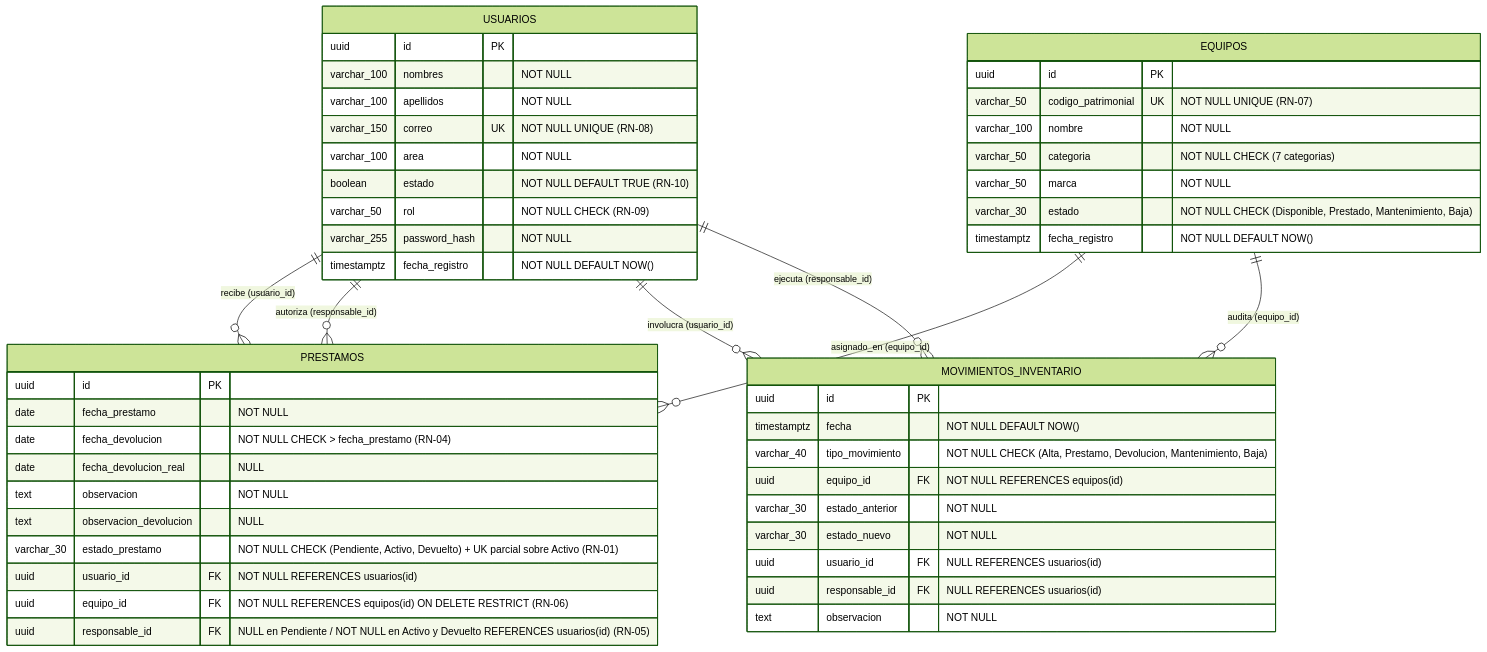
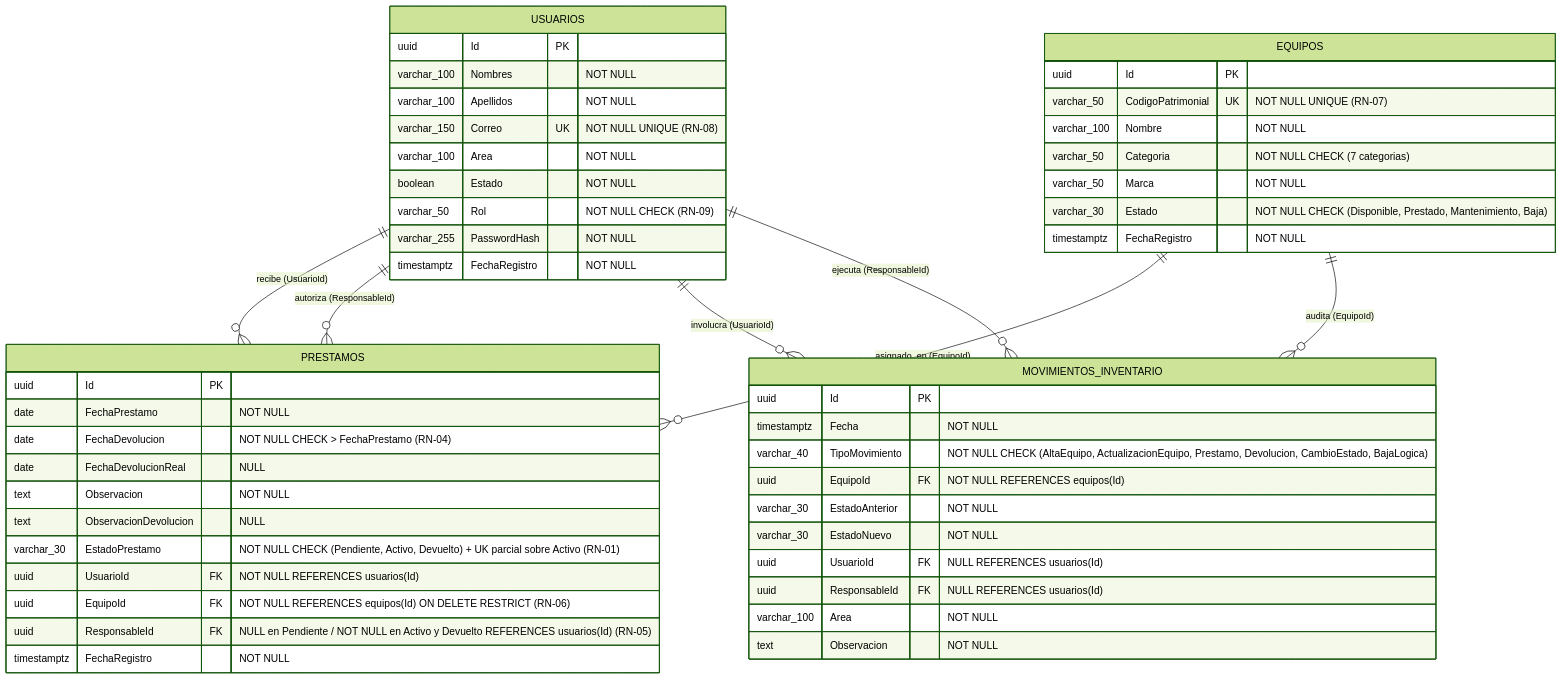
The third of 4 diagrams in docs/02-estandares-y-arquitectura.md (jhilmarjaisonlobatonabregu/TechAsset), drawn with Mermaid (forest theme) before and after one commit. The commit also changed other lines of this file and 6 other files, not shown here.

````diff
--- a/docs/02-estandares-y-arquitectura.md
+++ b/docs/02-estandares-y-arquitectura.md
@@ -307,56 +317,58 @@
 ```mermaid
 erDiagram
-    USUARIOS ||--o{ PRESTAMOS : "recibe (usuario_id)"
-    USUARIOS ||--o{ PRESTAMOS : "autoriza (responsable_id)"
-    EQUIPOS ||--o{ PRESTAMOS : "asignado_en (equipo_id)"
-    EQUIPOS ||--o{ MOVIMIENTOS_INVENTARIO : "audita (equipo_id)"
-    USUARIOS ||--o{ MOVIMIENTOS_INVENTARIO : "involucra (usuario_id)"
-    USUARIOS ||--o{ MOVIMIENTOS_INVENTARIO : "ejecuta (responsable_id)"
+    USUARIOS ||--o{ PRESTAMOS : "recibe (UsuarioId)"
+    USUARIOS ||--o{ PRESTAMOS : "autoriza (ResponsableId)"
+    EQUIPOS ||--o{ PRESTAMOS : "asignado_en (EquipoId)"
+    EQUIPOS ||--o{ MOVIMIENTOS_INVENTARIO : "audita (EquipoId)"
+    USUARIOS ||--o{ MOVIMIENTOS_INVENTARIO : "involucra (UsuarioId)"
+    USUARIOS ||--o{ MOVIMIENTOS_INVENTARIO : "ejecuta (ResponsableId)"
 
     USUARIOS {
-        uuid id PK
-        varchar_100 nombres "NOT NULL"
-        varchar_100 apellidos "NOT NULL"
-        varchar_150 correo UK "NOT NULL UNIQUE (RN-08)"
-        varchar_100 area "NOT NULL"
-        boolean estado "NOT NULL DEFAULT TRUE (RN-10)"
-        varchar_50 rol "NOT NULL CHECK (RN-09)"
-        varchar_255 password_hash "NOT NULL"
-        timestamptz fecha_registro "NOT NULL DEFAULT NOW()"
+        uuid Id PK
+        varchar_100 Nombres "NOT NULL"
+        varchar_100 Apellidos "NOT NULL"
+        varchar_150 Correo UK "NOT NULL UNIQUE (RN-08)"
+        varchar_100 Area "NOT NULL"
+        boolean Estado "NOT NULL"
+        varchar_50 Rol "NOT NULL CHECK (RN-09)"
+        varchar_255 PasswordHash "NOT NULL"
+        timestamptz FechaRegistro "NOT NULL"
     }
 
     EQUIPOS {
-        uuid id PK
-        varchar_50 codigo_patrimonial UK "NOT NULL UNIQUE (RN-07)"
-        varchar_100 nombre "NOT NULL"
-        varchar_50 categoria "NOT NULL CHECK (7 categorias)"
-        varchar_50 marca "NOT NULL"
-        varchar_30 estado "NOT NULL CHECK (Disponible, Prestado, Mantenimiento, Baja)"
-        timestamptz fecha_registro "NOT NULL DEFAULT NOW()"
+        uuid Id PK
+        varchar_50 CodigoPatrimonial UK "NOT NULL UNIQUE (RN-07)"
+        varchar_100 Nombre "NOT NULL"
+        varchar_50 Categoria "NOT NULL CHECK (7 categorias)"
+        varchar_50 Marca "NOT NULL"
+        varchar_30 Estado "NOT NULL CHECK (Disponible, Prestado, Mantenimiento, Baja)"
+        timestamptz FechaRegistro "NOT NULL"
     }
 
     PRESTAMOS {
-        uuid id PK
-        date fecha_prestamo "NOT NULL"
-        date fecha_devolucion "NOT NULL CHECK > fecha_prestamo (RN-04)"
-        date fecha_devolucion_real "NULL"
-        text observacion "NOT NULL"
-        text observacion_devolucion "NULL"
-        varchar_30 estado_prestamo "NOT NULL CHECK (Pendiente, Activo, Devuelto) + UK parcial sobre Activo (RN-01)"
-        uuid usuario_id FK "NOT NULL REFERENCES usuarios(id)"
-        uuid equipo_id FK "NOT NULL REFERENCES equipos(id) ON DELETE RESTRICT (RN-06)"
-        uuid responsable_id FK "NULL en Pendiente / NOT NULL en Activo y Devuelto REFERENCES usuarios(id) (RN-05)"
+        uuid Id PK
+        date FechaPrestamo "NOT NULL"
+        date FechaDevolucion "NOT NULL CHECK > FechaPrestamo (RN-04)"
+        date FechaDevolucionReal "NULL"
+        text Observacion "NOT NULL"
+        text ObservacionDevolucion "NULL"
+        varchar_30 EstadoPrestamo "NOT NULL CHECK (Pendiente, Activo, Devuelto) + UK parcial sobre Activo (RN-01)"
+        uuid UsuarioId FK "NOT NULL REFERENCES usuarios(Id)"
+        uuid EquipoId FK "NOT NULL REFERENCES equipos(Id) ON DELETE RESTRICT (RN-06)"
+        uuid ResponsableId FK "NULL en Pendiente / NOT NULL en Activo y Devuelto REFERENCES usuarios(Id) (RN-05)"
+        timestamptz FechaRegistro "NOT NULL"
     }
 
     MOVIMIENTOS_INVENTARIO {
-        uuid id PK
-        timestamptz fecha "NOT NULL DEFAULT NOW()"
-        varchar_40 tipo_movimiento "NOT NULL CHECK (Alta, Prestamo, Devolucion, Mantenimiento, Baja)"
-        uuid equipo_id FK "NOT NULL REFERENCES equipos(id)"
-        varchar_30 estado_anterior "NOT NULL"
-        varchar_30 estado_nuevo "NOT NULL"
-        uuid usuario_id FK "NULL REFERENCES usuarios(id)"
-        uuid responsable_id FK "NULL REFERENCES usuarios(id)"
-        text observacion "NOT NULL"
+        uuid Id PK
+        timestamptz Fecha "NOT NULL"
+        varchar_40 TipoMovimiento "NOT NULL CHECK (AltaEquipo, ActualizacionEquipo, Prestamo, Devolucion, CambioEstado, BajaLogica)"
+        uuid EquipoId FK "NOT NULL REFERENCES equipos(Id)"
+        varchar_30 EstadoAnterior "NOT NULL"
+        varchar_30 EstadoNuevo "NOT NULL"
+        uuid UsuarioId FK "NULL REFERENCES usuarios(Id)"
+        uuid ResponsableId FK "NULL REFERENCES usuarios(Id)"
+        varchar_100 Area "NOT NULL"
+        text Observacion "NOT NULL"
     }
 ```
````
